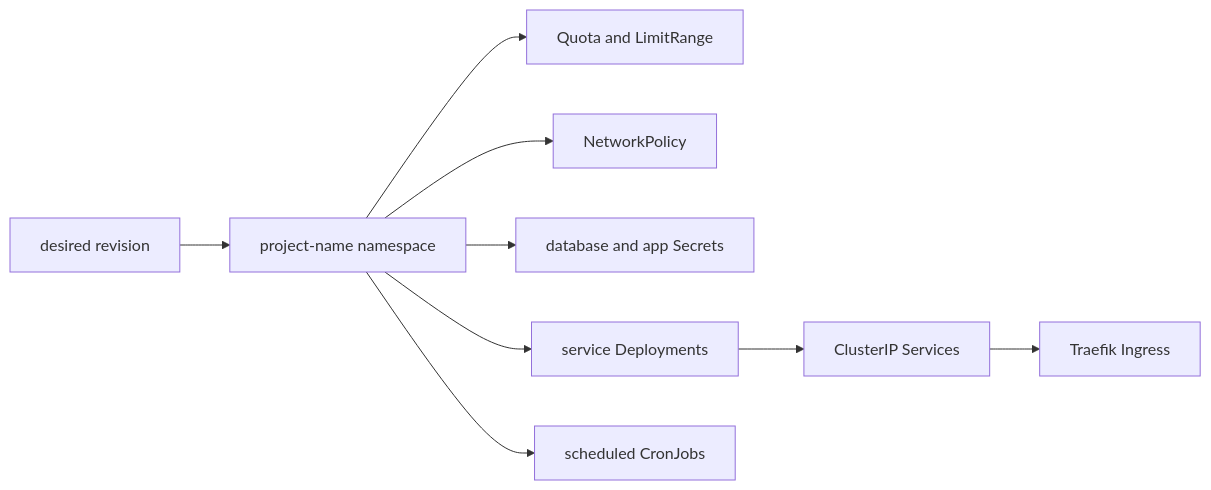
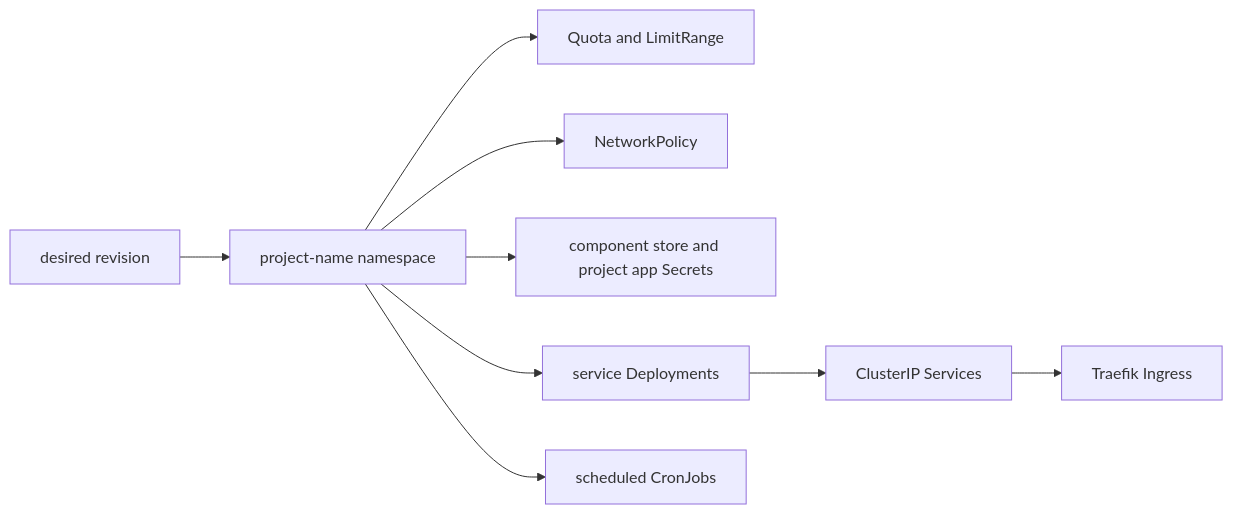
Before and after one commit to eseidinger/developer-platform: the second of 3 diagrams in docs/operators/infrastructure.md, drawn with Mermaid. The commit also changed other lines of this file and 65 other files, not shown here.

````diff
--- a/docs/operators/infrastructure.md
+++ b/docs/operators/infrastructure.md
@@ -57,11 +60,11 @@
 ```mermaid
 flowchart LR
   Revision[desired revision] --> Namespace[project-name namespace]
   Namespace --> Budget[Quota and LimitRange]
   Namespace --> Policy[NetworkPolicy]
-  Namespace --> Secrets[database and app Secrets]
+  Namespace --> Secrets[component store and project app Secrets]
   Namespace --> Deployments[service Deployments]
   Namespace --> CronJobs[scheduled CronJobs]
   Deployments --> Services[ClusterIP Services]
   Services --> Ingress[Traefik Ingress]
 ```
````
